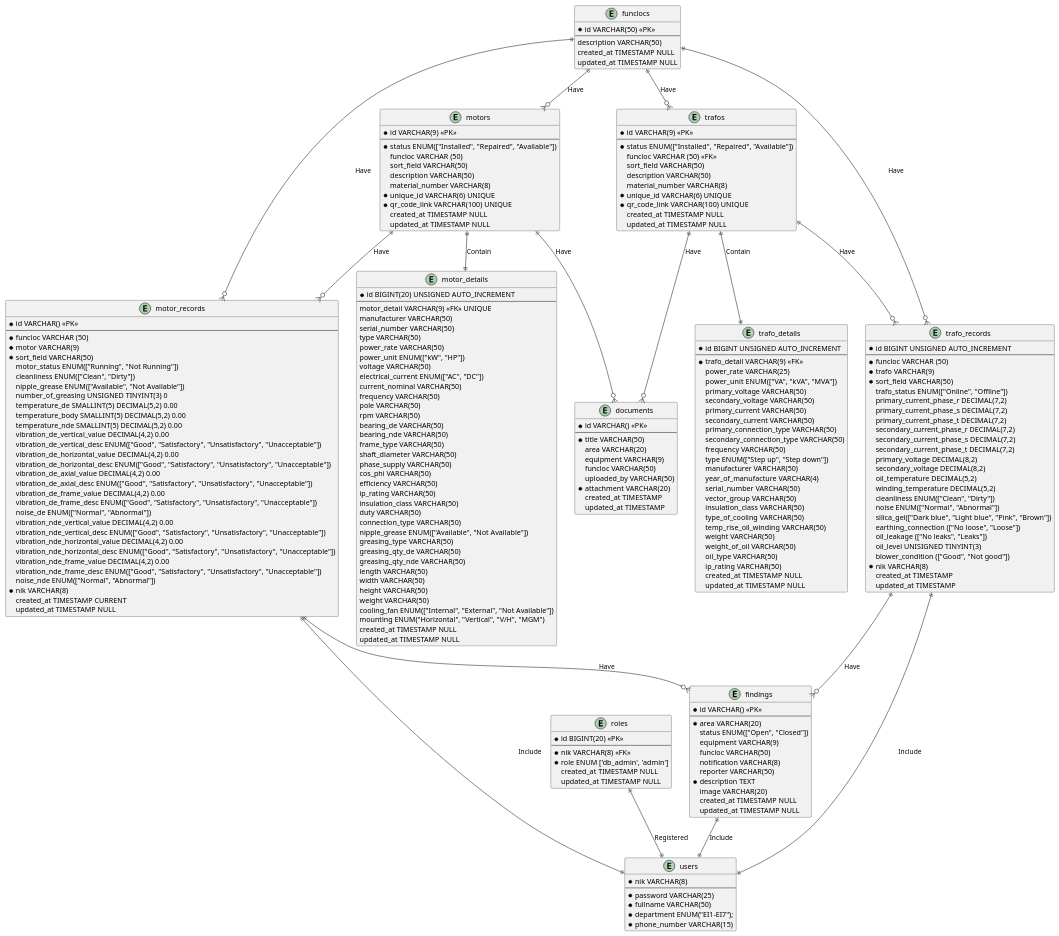
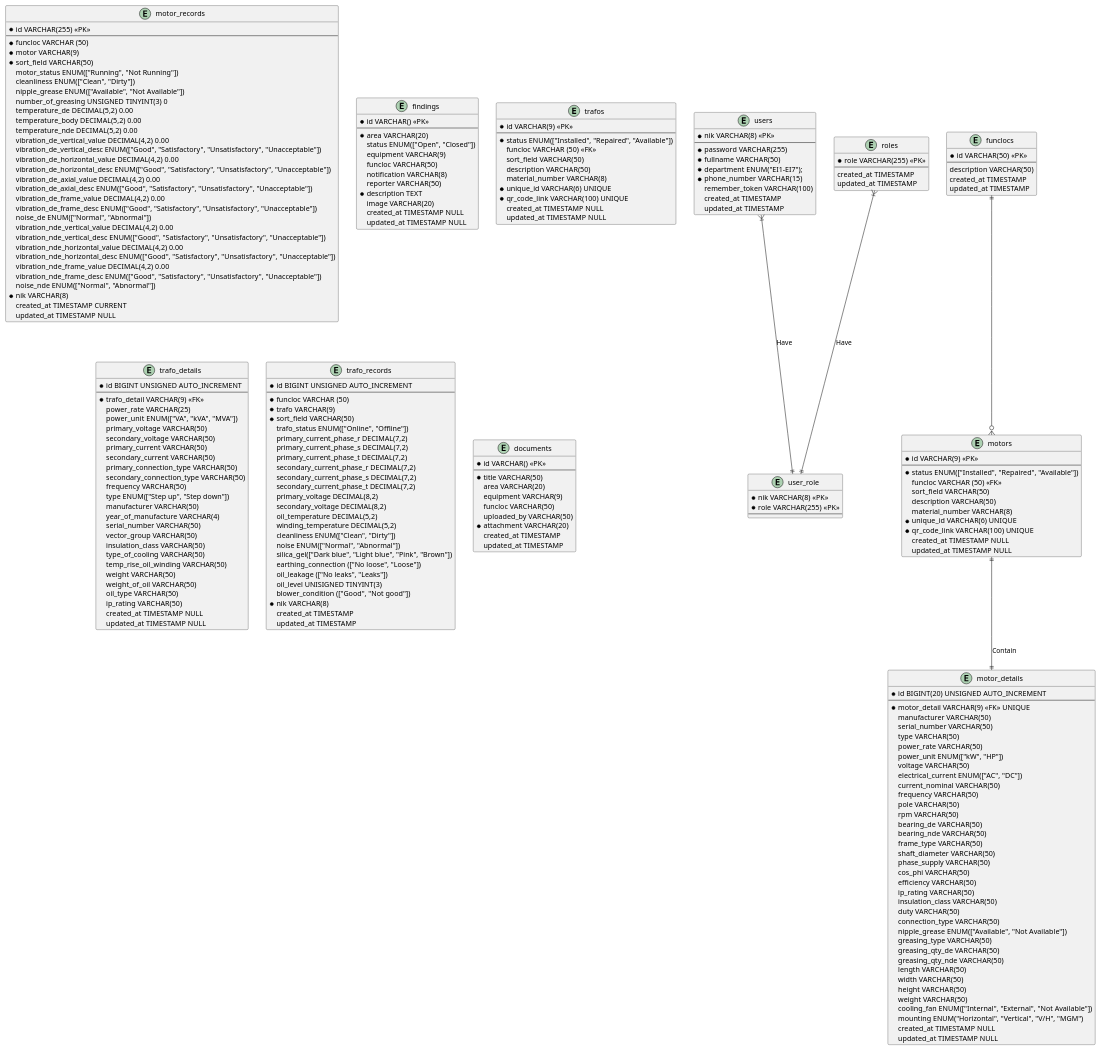
The diagram in docs/fajar_e_maintenance.puml (doniduaasattuu/fajar-e-maintenance), drawn with PlantUML before and after one commit. The commit also changed 83 other files, not shown here.

```diff
--- a/docs/fajar_e_maintenance.puml
+++ b/docs/fajar_e_maintenance.puml
@@ -1,12 +1,37 @@
 @startuml fajar_e_maintenance
+
+entity users {
+  * nik VARCHAR(8) <<PK>>
+  --
+  * password VARCHAR(255)
+  * fullname VARCHAR(50)
+  * department ENUM("EI1-EI7");
+  * phone_number VARCHAR(15)
+    remember_token VARCHAR(100)
+    created_at TIMESTAMP
+    updated_at TIMESTAMP
+}
+
+entity user_role {
+  * nik VARCHAR(8) <<PK>>
+  * role VARCHAR(255) <<PK>>
+  --
+}
+
+entity roles {
+  * role VARCHAR(255) <<PK>>
+  --
+    created_at TIMESTAMP
+    updated_at TIMESTAMP
+}
 
 entity funclocs
 {
   * id VARCHAR(50) <<PK>>
   --
     description VARCHAR(50)
-    created_at TIMESTAMP NULL
-    updated_at TIMESTAMP NULL
+    created_at TIMESTAMP
+    updated_at TIMESTAMP
 }
 
 entity motors
@@ -14,7 +39,7 @@
   * id VARCHAR(9) <<PK>>
   --
   * status ENUM(["Installed", "Repaired", "Available"])
-    funcloc VARCHAR (50)
+    funcloc VARCHAR (50) <<FK>>
     sort_field VARCHAR(50)
     description VARCHAR(50)
     material_number VARCHAR(8)
@@ -27,7 +52,7 @@
 entity motor_details {
   * id BIGINT(20) UNSIGNED AUTO_INCREMENT
   --
-    motor_detail VARCHAR(9) <<FK>> UNIQUE
+  * motor_detail VARCHAR(9) <<FK>> UNIQUE
     manufacturer VARCHAR(50)
     serial_number VARCHAR(50)
     type VARCHAR(50)
@@ -65,7 +90,7 @@
 }
 
 entity motor_records {
-  * id VARCHAR() <<PK>>
+  * id VARCHAR(255) <<PK>>
   --
   * funcloc VARCHAR (50)
   * motor VARCHAR(9)
@@ -74,9 +99,9 @@
     cleanliness ENUM(["Clean", "Dirty"])
     nipple_grease ENUM(["Available", "Not Available"])
     number_of_greasing UNSIGNED TINYINT(3) 0
-    temperature_de SMALLINT(5) DECIMAL(5,2) 0.00
-    temperature_body SMALLINT(5) DECIMAL(5,2) 0.00
-    temperature_nde SMALLINT(5) DECIMAL(5,2) 0.00    
+    temperature_de DECIMAL(5,2) 0.00
+    temperature_body DECIMAL(5,2) 0.00
+    temperature_nde DECIMAL(5,2) 0.00    
     vibration_de_vertical_value DECIMAL(4,2) 0.00
     vibration_de_vertical_desc ENUM(["Good", "Satisfactory", "Unsatisfactory", "Unacceptable"]) 
     vibration_de_horizontal_value DECIMAL(4,2) 0.00
@@ -95,24 +120,6 @@
     noise_nde ENUM(["Normal", "Abnormal"])
   * nik VARCHAR(8)
     created_at TIMESTAMP CURRENT
-    updated_at TIMESTAMP NULL
-}
-
-entity users {
-  * nik VARCHAR(8)
-  --
-  * password VARCHAR(25)
-  * fullname VARCHAR(50)
-  * department ENUM("EI1-EI7");
-  * phone_number VARCHAR(15)
-}
-
-entity roles {
-  * id BIGINT(20) <<PK>>
-  --
-  * nik VARCHAR(8) <<FK>>
-  * role ENUM ['db_admin', 'admin']
-    created_at TIMESTAMP NULL
     updated_at TIMESTAMP NULL
 }
 
@@ -216,24 +223,26 @@
     updated_at TIMESTAMP
 }
  
-funclocs ||--o{ motors : Have
-funclocs ||--o{ motor_records : Have
-motors ||--o{ motor_records : Have
+users }|--|| user_role : Have
+roles }|--|| user_role : Have
+
+funclocs ||--o{ motors
+' funclocs ||--o{ motor_records : Have
+' motors ||--o{ motor_records : Have
 motors ||--|| motor_details : Contain
-motor_records ||--|| users : Include
-roles ||--|| users : Registered
+' motor_records ||--|| users : Include
 
-funclocs ||--o{ trafos : Have
-funclocs ||--o{ trafo_records : Have
-trafos ||--o{ trafo_records : Have
-trafos ||--|| trafo_details : Contain
-trafo_records ||--|| users : Include
+' funclocs ||--o{ trafos : Have
+' funclocs ||--o{ trafo_records : Have
+' trafos ||--o{ trafo_records : Have
+' trafos ||--|| trafo_details : Contain
+' trafo_records ||--|| users : Include
 
-findings ||--|| users : Include
-motor_records ||--o{ findings : Have
-trafo_records ||--o{ findings : Have
+' findings ||--|| users : Include
+' motor_records ||--o{ findings : Have
+' trafo_records ||--o{ findings : Have
 
-motors ||--o{ documents : Have
-trafos ||--o{ documents : Have
+' motors ||--o{ documents : Have
+' trafos ||--o{ documents : Have
 
 @enduml
```
